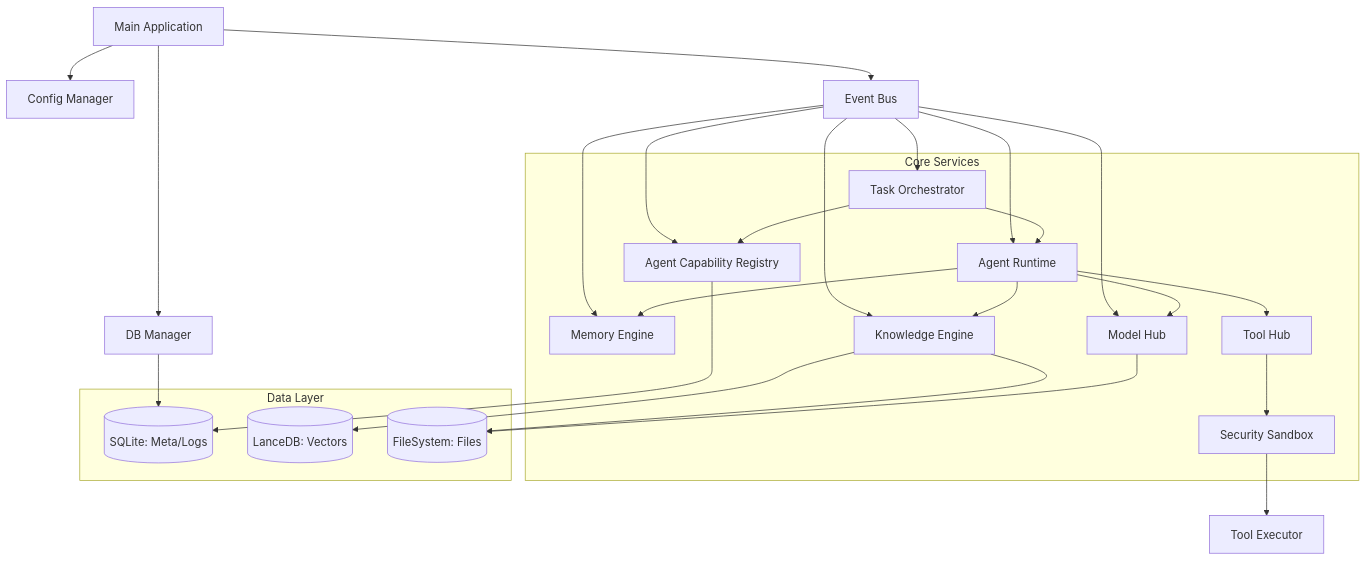
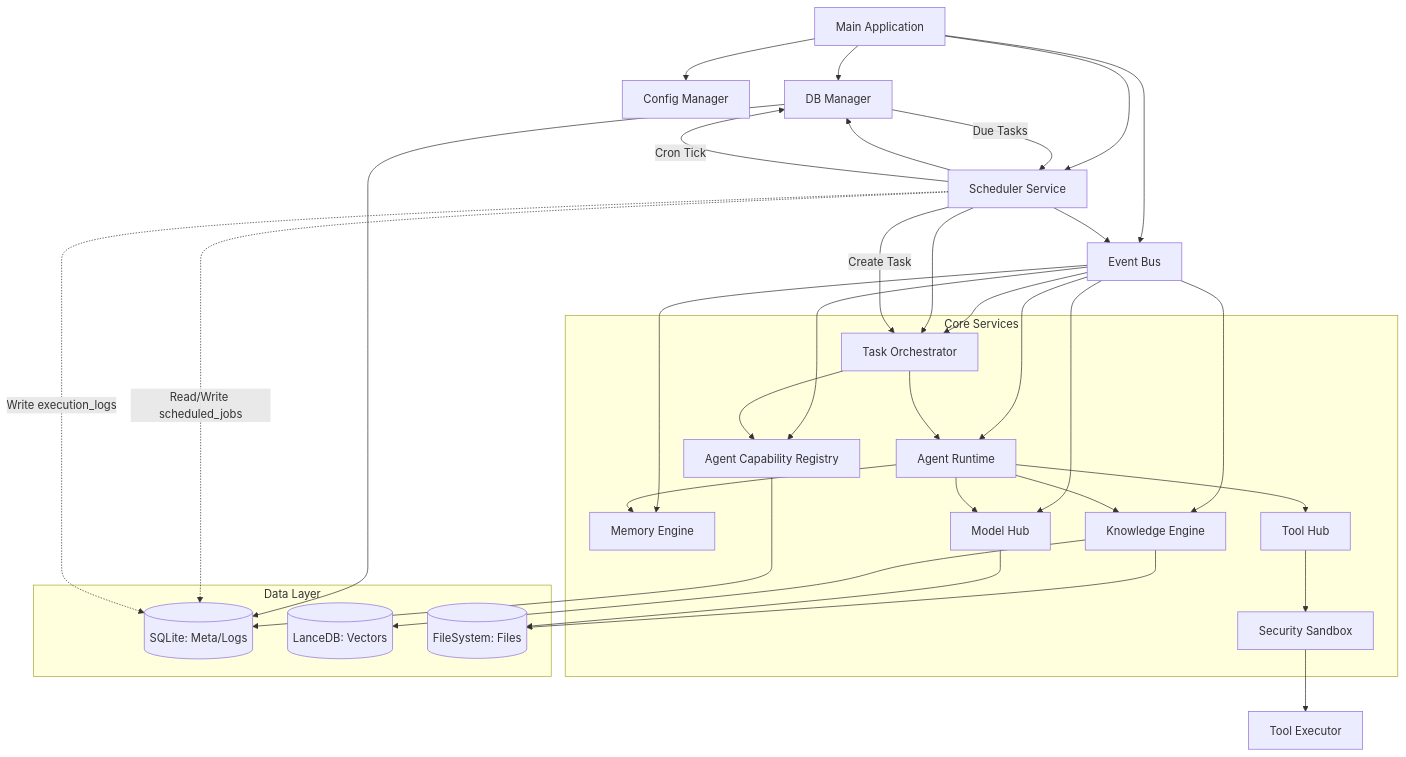
One commit to ivanzwb/coobot changed the first of 3 diagrams in docs/Agent 开发文档/05-详细设计.md. Above: the diagram before and after it, drawn with Mermaid. The commit also changed other lines of this file and 10 other files, not shown here.

````diff
--- a/docs/Agent 开发文档/05-详细设计.md
+++ b/docs/Agent 开发文档/05-详细设计.md
@@ -23,45 +24,58 @@
 ```mermaid
 graph TD
     App[Main Application] --> ConfigMgr[Config Manager]
     App --> EventBus[Event Bus]
     App --> DBMgr[DB Manager]
+    App --> Scheduler[Scheduler Service]
 
     subgraph Core [Core Services]
         TaskEng[Task Orchestrator]
         AgentRun[Agent Runtime]
         MemEng[Memory Engine]
         KBEng[Knowledge Engine]
         ToolHub[Tool Hub]
         Sandbox[Security Sandbox]
         ModelHub[Model Hub]
         CapRegistry[Agent Capability Registry]
     end
 
     EventBus --> TaskEng
     EventBus --> AgentRun
     EventBus --> MemEng
     EventBus --> KBEng
     EventBus --> ModelHub
     EventBus --> CapRegistry
 
+    Scheduler --> DBMgr
+    Scheduler --> TaskEng
+    Scheduler --> EventBus
+
+    Scheduler -- "Cron Tick" --> DBMgr
+    DBMgr -- "Due Tasks" --> Scheduler
+    Scheduler -- "Create Task" --> TaskEng
+
     TaskEng --> AgentRun
     TaskEng --> CapRegistry
+
     AgentRun --> MemEng
     AgentRun --> KBEng
     AgentRun --> ToolHub
     AgentRun --> ModelHub
+
     ToolHub --> Sandbox
     Sandbox --> ToolExec[Tool Executor]
 
     subgraph Data [Data Layer]
         SQLite[(SQLite: Meta/Logs)]
         Lance[(LanceDB: Vectors)]
         FS[(FileSystem: Files)]
     end
 
     CapRegistry --> SQLite
     DBMgr --> SQLite
+    Scheduler -.-> |"Read/Write scheduled_jobs"| SQLite
+    Scheduler -.-> |"Write execution_logs"| SQLite
     KBEng --> Lance
     KBEng --> FS
     ModelHub --> FS
 ```
````
